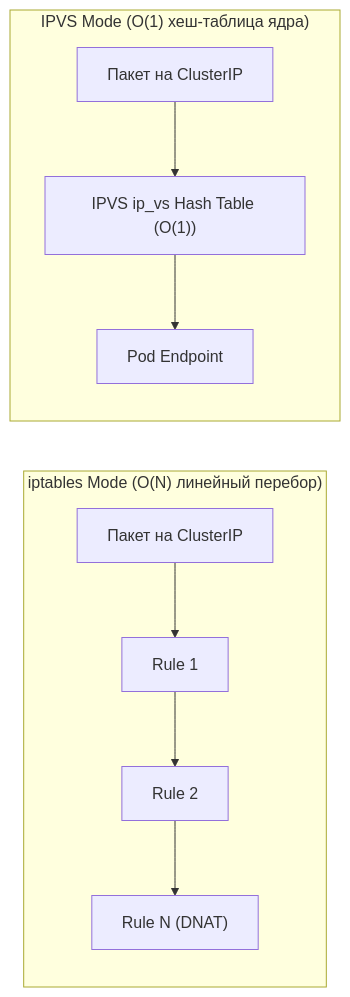
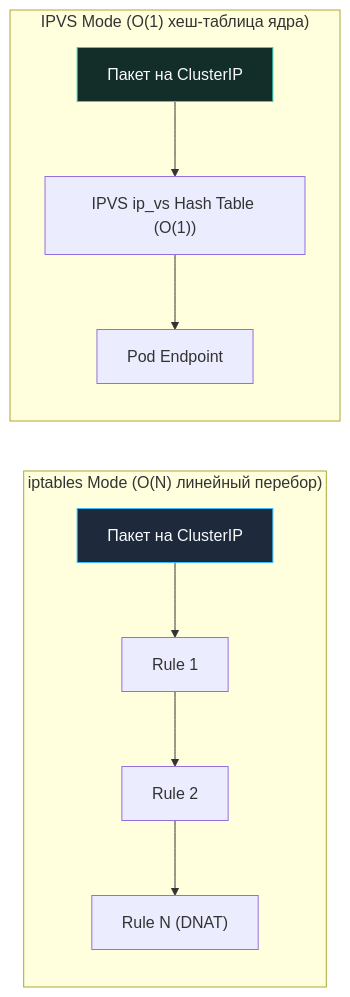
One commit to UnrealTemplier/go-textbook changed the second of 2 diagrams in sources/3. Компьютерные сети и сетевой стек/41. Kubernetes Networking. CNI, Pod Network, Service, Ingress.md. Above: the diagram before and after it, drawn with Mermaid. The commit also changed other lines of this file and 1666 other files, not shown here.

First line of the commit message:
feat(mermaid): add semantic color classDef to 1369 colorless flowchart/graph diagrams

````diff
--- a/sources/3. Компьютерные сети и сетевой стек/41. Kubernetes Networking. CNI, Pod Network, Service, Ingress.md
+++ b/sources/3. Компьютерные сети и сетевой стек/41. Kubernetes Networking. CNI, Pod Network, Service, Ingress.md
@@ -75,10 +85,20 @@
 ```mermaid
 flowchart LR
+    classDef process  fill:#1e293b,stroke:#38bdf8,stroke-width:1px,color:#f8fafc
+    classDef success  fill:#064e3b,stroke:#34d399,stroke-width:1px,color:#f8fafc
+    classDef error    fill:#7f1d1d,stroke:#f87171,stroke-width:1px,color:#f8fafc
+    classDef warning  fill:#78350f,stroke:#fbbf24,stroke-width:1px,color:#f8fafc
+    classDef entry    fill:#1e3a5f,stroke:#38bdf8,stroke-width:2px,color:#f8fafc
+    classDef aux      fill:#334155,stroke:#64748b,stroke-width:1px,color:#f8fafc
+    classDef system   fill:#312e81,stroke:#a78bfa,stroke-width:1px,color:#f8fafc
+    classDef data     fill:#132d29,stroke:#2dd4bf,stroke-width:1px,color:#f8fafc
+    classDef network  fill:#881337,stroke:#fb7185,stroke-width:1px,color:#f8fafc
+    classDef accent   fill:#1e1b4b,stroke:#818cf8,stroke-width:1px,color:#f8fafc
     subgraph Mode1["iptables Mode (O(N) линейный перебор)"]
-        P1["Пакет на ClusterIP"] --> R1["Rule 1"] --> R2["Rule 2"] --> RN["Rule N (DNAT)"]
+        P1["Пакет на ClusterIP"]:::process --> R1["Rule 1"] --> R2["Rule 2"] --> RN["Rule N (DNAT)"]
     end
 
     subgraph Mode2["IPVS Mode (O(1) хеш-таблица ядра)"]
-        P2["Пакет на ClusterIP"] --> Hash["IPVS ip_vs Hash Table (O(1))"] --> EndP["Pod Endpoint"]
+        P2["Пакет на ClusterIP"]:::data --> Hash["IPVS ip_vs Hash Table (O(1))"] --> EndP["Pod Endpoint"]
     end
 ```
````
